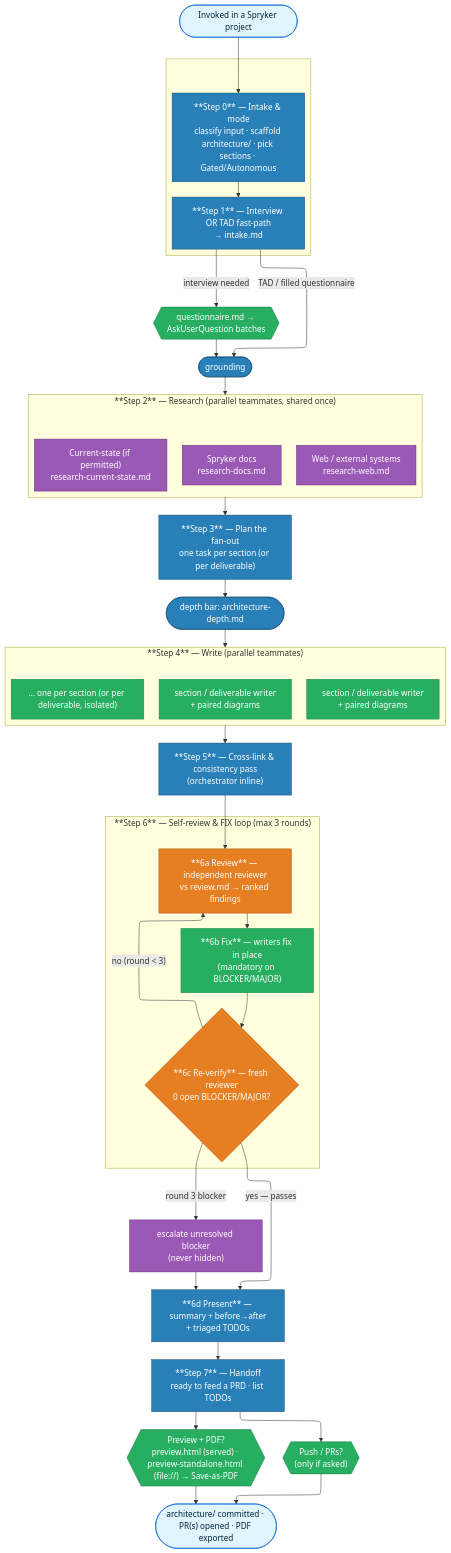
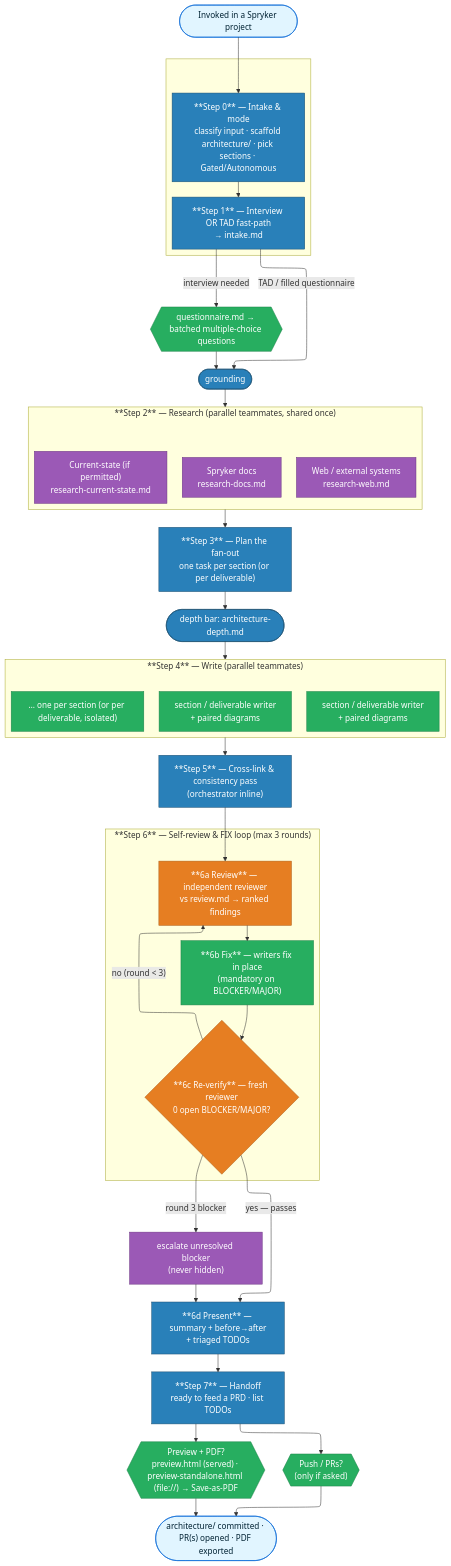
Before and after one commit to spryker-sdk/ai-dev: the diagram in plugins/spryker-architecture/skills/architecture-prep/README.md, drawn with Mermaid. The commit also changed 128 other files, not shown here.

````diff
--- a/plugins/spryker-architecture/skills/architecture-prep/README.md
+++ b/plugins/spryker-architecture/skills/architecture-prep/README.md
@@ -32,65 +32,65 @@
 ```mermaid
 ---
 config:
   layout: elk
 ---
 flowchart TD
     Start([Invoked in a Spryker project]):::user --> S0
 
     subgraph Intake[" "]
       S0["**Step 0** — Intake &amp; mode<br/>classify input · scaffold architecture/ · pick sections · Gated/Autonomous"]:::backend
       S1["**Step 1** — Interview OR TAD fast-path<br/>→ intake.md"]:::backend
     end
 
     S0 --> S1
 
     S1 -->|"TAD / filled questionnaire"| S2
-    S1 -->|"interview needed"| Q{{"questionnaire.md → AskUserQuestion batches"}}:::web
+    S1 -->|"interview needed"| Q{{"questionnaire.md → batched multiple-choice questions"}}:::web
     Q --> S2
 
     subgraph Research["**Step 2** — Research (parallel teammates, shared once)"]
       R1["Spryker docs<br/>research-docs.md"]:::storage
       R2["Web / external systems<br/>research-web.md"]:::storage
       R3["Current-state (if permitted)<br/>research-current-state.md"]:::storage
     end
     S2([grounding]):::backend --> Research
 
     Research --> S3["**Step 3** — Plan the fan-out<br/>one task per section (or per deliverable)"]:::backend
 
     S3 --> S4
     subgraph Write["**Step 4** — Write (parallel teammates)"]
       W1["section / deliverable writer<br/>+ paired diagrams"]:::web
       W2["section / deliverable writer<br/>+ paired diagrams"]:::web
       W3["… one per section (or per deliverable, isolated)"]:::web
     end
     S4(["depth bar: architecture-depth.md"]):::backend --> Write
 
     Write --> S5["**Step 5** — Cross-link &amp; consistency pass<br/>(orchestrator inline)"]:::backend
 
     S5 --> S6a
 
     subgraph Loop["**Step 6** — Self-review &amp; FIX loop (max 3 rounds)"]
       direction TB
       S6a["**6a Review** — independent reviewer<br/>vs review.md → ranked findings"]:::external
       S6b["**6b Fix** — writers fix in place<br/>(mandatory on BLOCKER/MAJOR)"]:::web
       S6c{"**6c Re-verify** — fresh reviewer<br/>0 open BLOCKER/MAJOR?"}:::external
       S6a --> S6b --> S6c
       S6c -->|"no (round &lt; 3)"| S6a
     end
 
     S6c -->|"yes — passes"| S6d["**6d Present** — summary + before→after<br/>+ triaged TODOs"]:::backend
     S6c -->|"round 3 blocker"| Esc["escalate unresolved blocker<br/>(never hidden)"]:::storage
     Esc --> S6d
 
     S6d --> S7["**Step 7** — Handoff<br/>ready to feed a PRD · list TODOs"]:::backend
     S7 --> Prev{{"Preview + PDF?<br/>preview.html (served) · preview-standalone.html (file://) → Save-as-PDF"}}:::web
     S7 --> Push{{"Push / PRs?<br/>(only if asked)"}}:::web
     Prev --> Done
     Push --> Done(["architecture/ committed · PR(s) opened · PDF exported"]):::user
 
     classDef user fill:#e1f5ff,stroke:#0366d6,color:#023;
     classDef backend fill:#2980B9,stroke:#1B4F72,color:#fff;
     classDef web fill:#27AE60,stroke:#1D8348,color:#fff;
     classDef storage fill:#9B59B6,stroke:#6C3483,color:#fff;
     classDef external fill:#E67E22,stroke:#AF601A,color:#fff;
 ```
````
